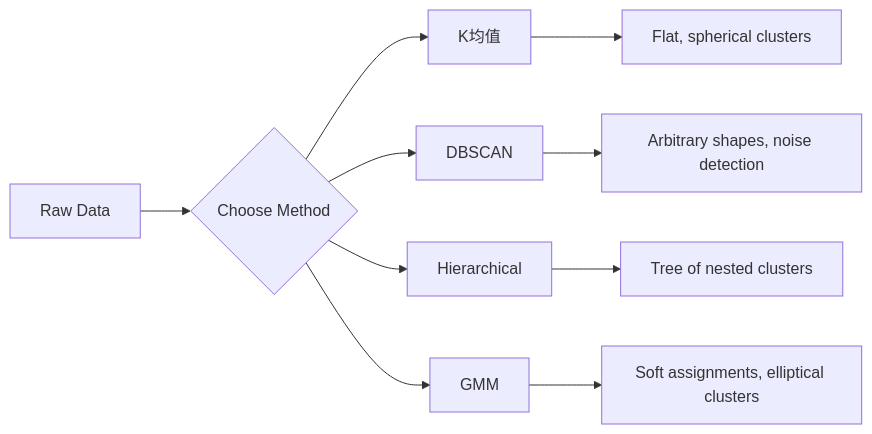
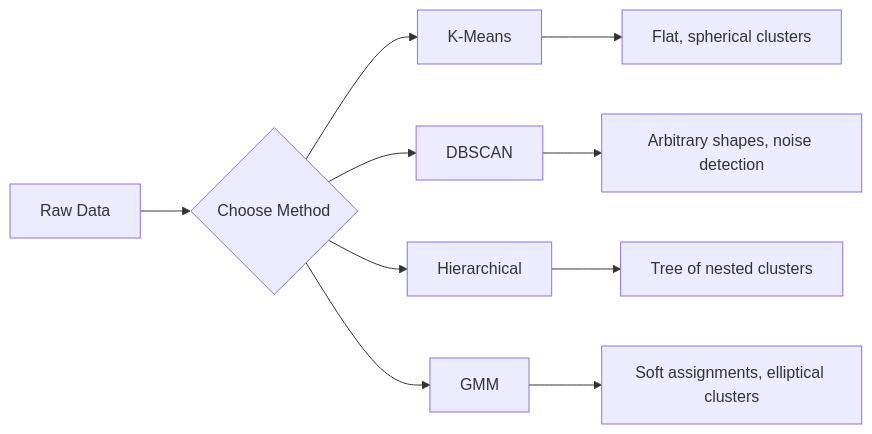
One commit to arwei944/ai-engineering-from-scratch changed the diagram in phases/02-ml-fundamentals/07-unsupervised-learning/docs/zh.md. Above: the diagram before and after it, drawn with Mermaid. The commit also changed other lines of this file and 65 other files, not shown here.

````diff
--- a/phases/02-ml-fundamentals/07-unsupervised-learning/docs/zh.md
+++ b/phases/02-ml-fundamentals/07-unsupervised-learning/docs/zh.md
@@ -31,12 +31,12 @@
 ```mermaid
 flowchart LR
     A[Raw Data] --> B{Choose Method}
-    B --> C[K均值]
+    B --> C[K-Means]
     B --> D[DBSCAN]
     B --> E[Hierarchical]
     B --> F[GMM]
     C --> G[Flat, spherical clusters]
     D --> H[Arbitrary shapes, noise detection]
     E --> I[Tree of nested clusters]
     F --> J[Soft assignments, elliptical clusters]
 ```
````
